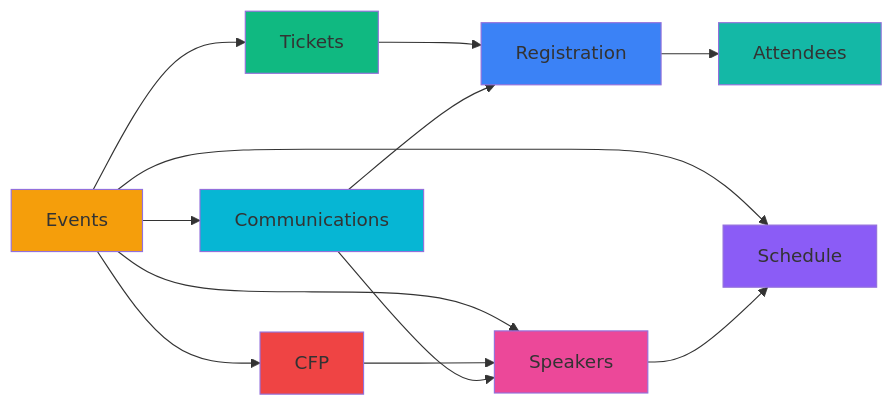
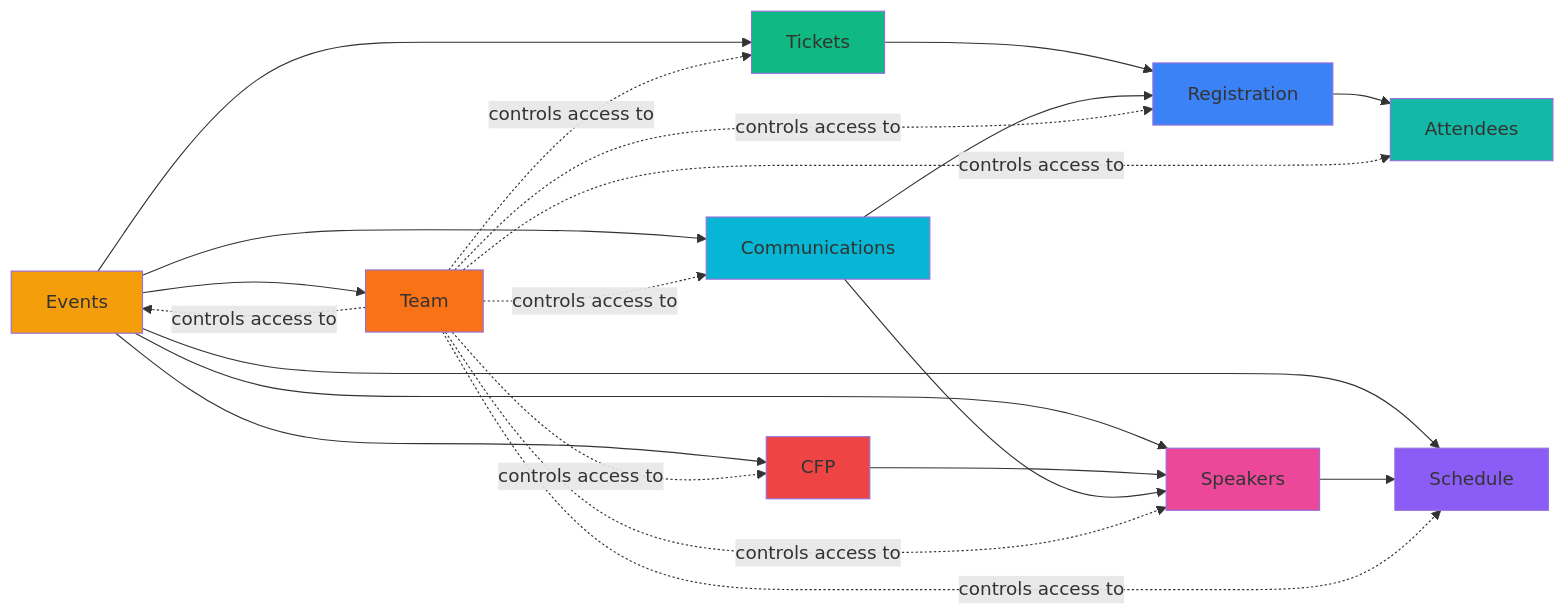
Before and after one commit to babblebey/events-ting: the sixth of 7 diagrams in docs/architecture/system-overview.md, drawn with Mermaid. The commit also changed other lines of this file and 84 other files, not shown here.

````diff
--- a/docs/architecture/system-overview.md
+++ b/docs/architecture/system-overview.md
@@ -528,26 +585,37 @@
 ```mermaid
 graph LR
     A[Events] --> B[Tickets]
     A --> C[Schedule]
     A --> D[CFP]
     A --> E[Communications]
     A --> F[Speakers]
+    A --> I[Team]
     
     B --> G[Registration]
     G --> H[Attendees]
     
     D --> F
     F --> C
     
     E --> G
     E --> F
     
+    I -.->|controls access to| A
+    I -.->|controls access to| B
+    I -.->|controls access to| C
+    I -.->|controls access to| D
+    I -.->|controls access to| E
+    I -.->|controls access to| F
+    I -.->|controls access to| G
+    I -.->|controls access to| H
+    
     style A fill:#f59e0b
     style B fill:#10b981
     style C fill:#8b5cf6
     style D fill:#ef4444
     style E fill:#06b6d4
     style F fill:#ec4899
     style G fill:#3b82f6
     style H fill:#14b8a6
+    style I fill:#f97316
 ```
````
